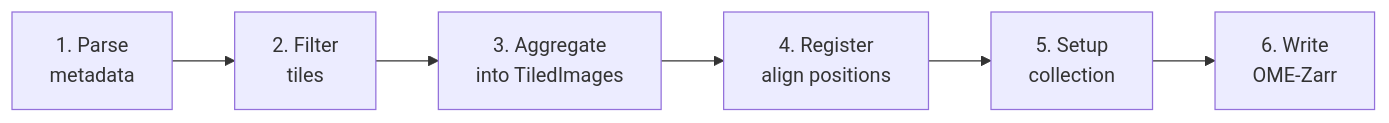
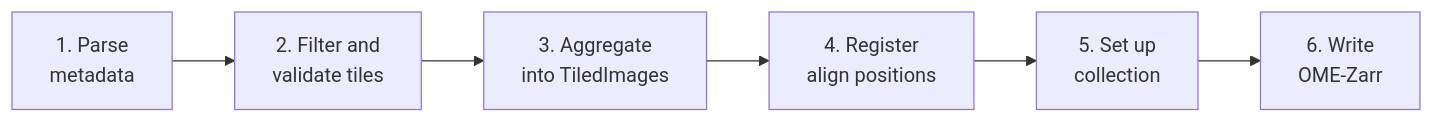
The second of 2 diagrams in docs/index.md (BioVisionCenter/ome-zarr-converters-tools), drawn with Mermaid before and after one commit. The commit also changed other lines of this file and 32 other files, not shown here.

````diff
--- a/docs/index.md
+++ b/docs/index.md
@@ -103,8 +110,8 @@
 ```mermaid
 flowchart LR
-    A["1. Parse<br>metadata"] --> B["2. Filter<br>tiles"]
+    A["1. Parse<br>metadata"] --> B["2. Filter and<br>validate tiles"]
     B --> C["3. Aggregate<br>into TiledImages"]
     C --> D["4. Register<br>align positions"]
-    D --> E["5. Setup<br>collection"]
+    D --> E["5. Set up<br>collection"]
     E --> F["6. Write<br>OME-Zarr"]
 ```
````
